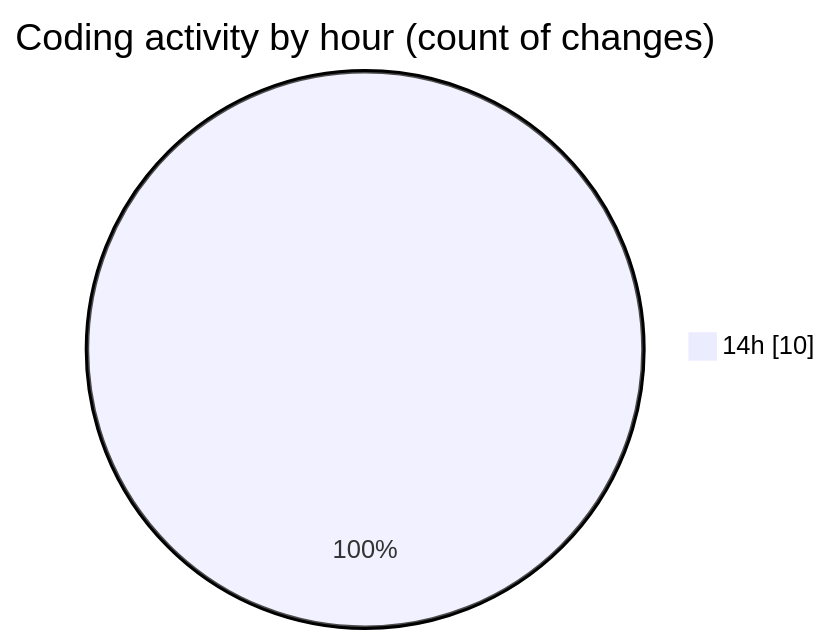
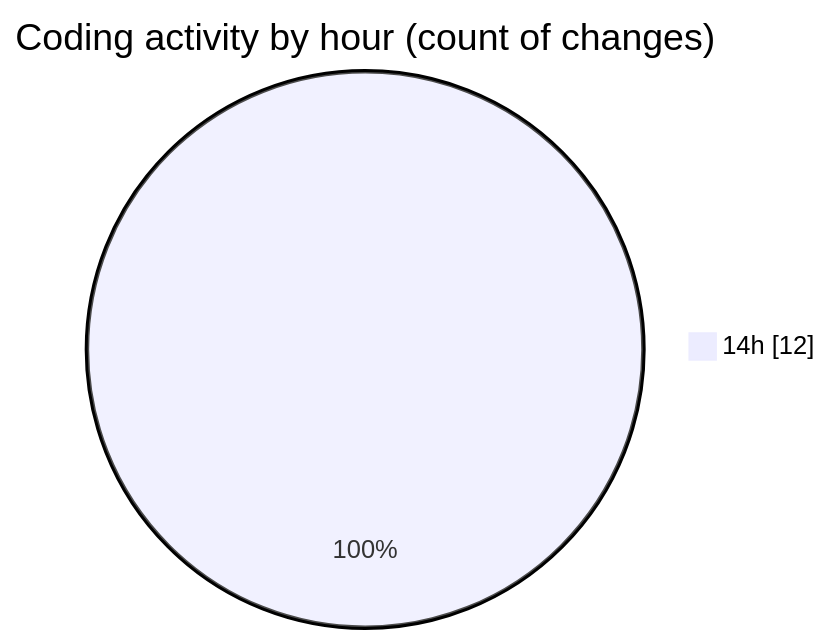
One commit to charlie-sans/code-tracking changed the second of 2 diagrams in 2025-02-20/masm/README.md. Above: the diagram before and after it, drawn with Mermaid. The commit also changed other lines of this file and 1 other file, not shown here.

````diff
--- a/2025-02-20/masm/README.md
+++ b/2025-02-20/masm/README.md
@@ -30,5 +31,5 @@
 ```mermaid
 pie showData
 title Coding activity by hour (count of changes)
-"14h" : 10
+"14h" : 12
 ```
````
